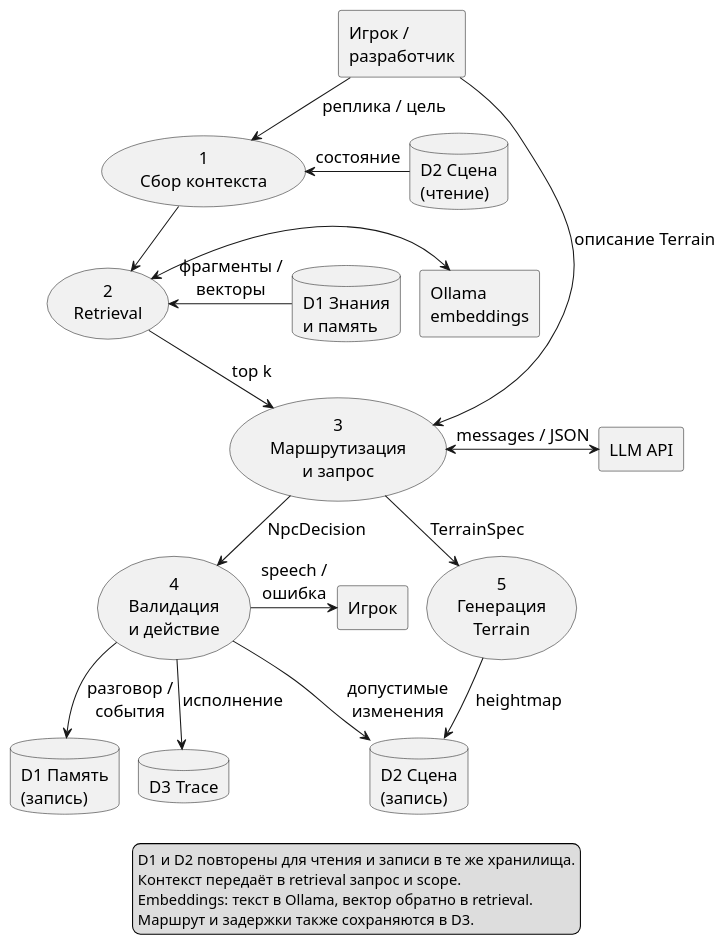
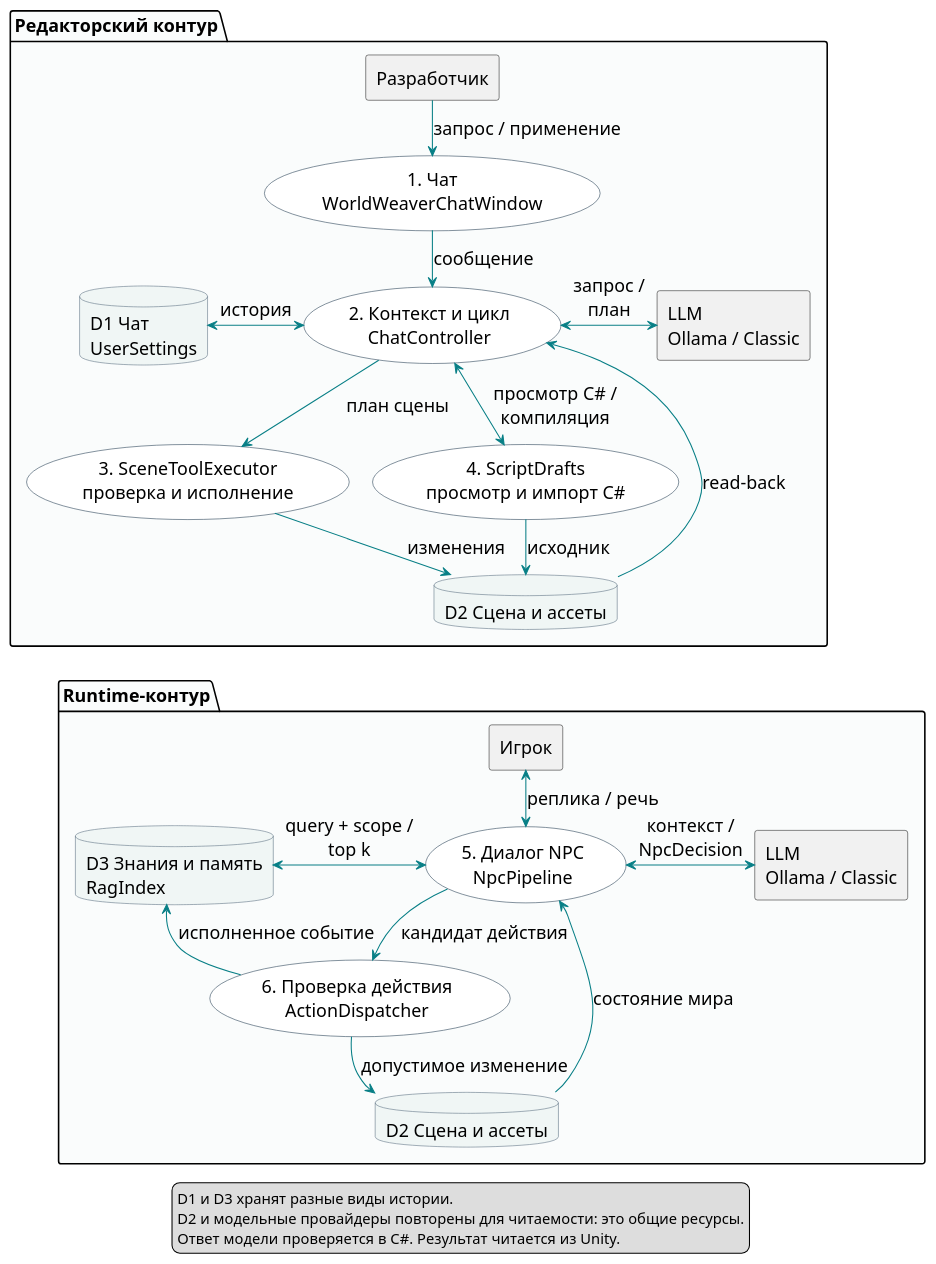
Before and after one commit to saslekawaiii/scenepilot-unity: the diagram in docs/uml/dfd.puml, drawn with PlantUML. The commit also changed 465 other files, not shown here.

Commit message:
release: document and verify WorldWeaver 1.1 chat agent

```diff
--- a/docs/uml/dfd.puml
+++ b/docs/uml/dfd.puml
@@ -1,43 +1,60 @@
 @startuml
 skinparam defaultFontName Arial
-skinparam defaultFontSize 16
+skinparam defaultFontSize 17
 skinparam shadowing false
-skinparam nodesep 18
-skinparam ranksep 30
+skinparam nodesep 22
+skinparam ranksep 28
+skinparam ArrowColor #087F86
+skinparam usecaseBorderColor #142F46
+skinparam usecaseBackgroundColor #FFFFFF
+skinparam databaseBorderColor #52677A
+skinparam databaseBackgroundColor #F0F6F5
+skinparam packageBackgroundColor #FAFCFC
 top to bottom direction
-rectangle "Игрок /\nразработчик" as User
-rectangle "Ollama\nembeddings" as Embed
-rectangle "LLM API" as LLM
-rectangle "Игрок" as UserOut
-usecase "1\nСбор контекста" as Context
-usecase "2\nRetrieval" as Retrieval
-usecase "3\nМаршрутизация\nи запрос" as Route
-usecase "4\nВалидация\nи действие" as Validate
-usecase "5\nГенерация\nTerrain" as Terrain
-database "D1 Знания\nи память" as Knowledge
-database "D2 Сцена\n(чтение)" as WorldIn
-database "D2 Сцена\n(запись)" as WorldOut
-database "D1 Память\n(запись)" as MemoryOut
-database "D3 Trace" as Trace
-User --> Context : реплика / цель
-User --> Route : описание Terrain
-WorldIn -left-> Context : состояние
-Context --> Retrieval
-Knowledge -right-> Retrieval : фрагменты /\nвекторы
-Retrieval <-right-> Embed
-Retrieval --> Route : top k
-Route <-right-> LLM : messages / JSON
-Route --> Validate : NpcDecision
-Route --> Terrain : TerrainSpec
-Validate --> WorldOut : допустимые\nизменения
-Terrain --> WorldOut : heightmap
-Validate --> MemoryOut : разговор /\nсобытия
-Validate -right-> UserOut : speech /\nошибка
-Validate --> Trace : исполнение
+
+package "Редакторский контур" as Editor {
+  rectangle "Разработчик" as Developer
+  usecase "1. Чат\nWorldWeaverChatWindow" as Chat
+  usecase "2. Контекст и цикл\nChatController" as Controller
+  database "D1 Чат\nUserSettings" as History
+  rectangle "LLM\nOllama / Classic" as LLMEditor
+  usecase "3. SceneToolExecutor\nпроверка и исполнение" as Executor
+  usecase "4. ScriptDrafts\nпросмотр и импорт C#" as Scripts
+  database "D2 Сцена и ассеты" as SceneEditor
+
+  Developer -down-> Chat : запрос / применение
+  Chat -down-> Controller : сообщение
+  Controller <-left-> History : история
+  Controller <-right-> LLMEditor : запрос /\nплан
+  Controller -down-> Executor : план сцены
+  Controller <-down-> Scripts : просмотр C# /\nкомпиляция
+  Executor -down-> SceneEditor : изменения
+  Scripts -down-> SceneEditor : исходник
+  SceneEditor --> Controller : read-back
+  Executor -[hidden]right-> Scripts
+}
+
+package "Runtime-контур" as Runtime {
+  rectangle "Игрок" as Player
+  usecase "5. Диалог NPC\nNpcPipeline" as Dialogue
+  database "D3 Знания и память\nRagIndex" as RAG
+  rectangle "LLM\nOllama / Classic" as LLMRuntime
+  usecase "6. Проверка действия\nActionDispatcher" as Actions
+  database "D2 Сцена и ассеты" as SceneRuntime
+
+  Player <-down-> Dialogue : реплика / речь
+  Dialogue <-left-> RAG : query + scope /\ntop k
+  Dialogue <-right-> LLMRuntime : контекст /\nNpcDecision
+  Dialogue -down-> Actions : кандидат действия
+  Actions -down-> SceneRuntime : допустимое изменение
+  SceneRuntime --> Dialogue : состояние мира
+  Actions --> RAG : исполненное событие
+}
+
+SceneEditor -[hidden]down-> Player
 legend bottom
- D1 и D2 повторены для чтения и записи в те же хранилища.
- Контекст передаёт в retrieval запрос и scope.
- Embeddings: текст в Ollama, вектор обратно в retrieval.
- Маршрут и задержки также сохраняются в D3.
+  D1 и D3 хранят разные виды истории.
+  D2 и модельные провайдеры повторены для читаемости: это общие ресурсы.
+  Ответ модели проверяется в C#. Результат читается из Unity.
 endlegend
 @enduml
```
